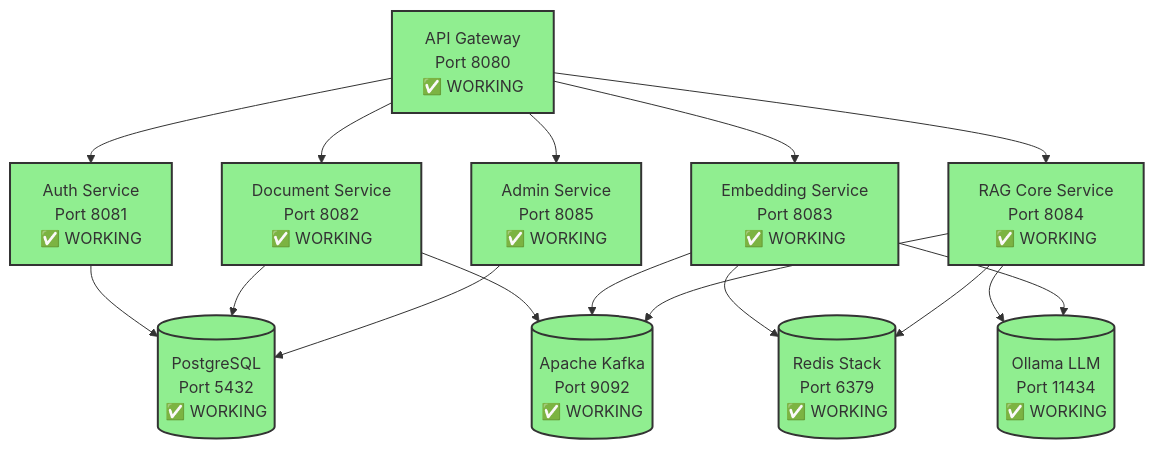
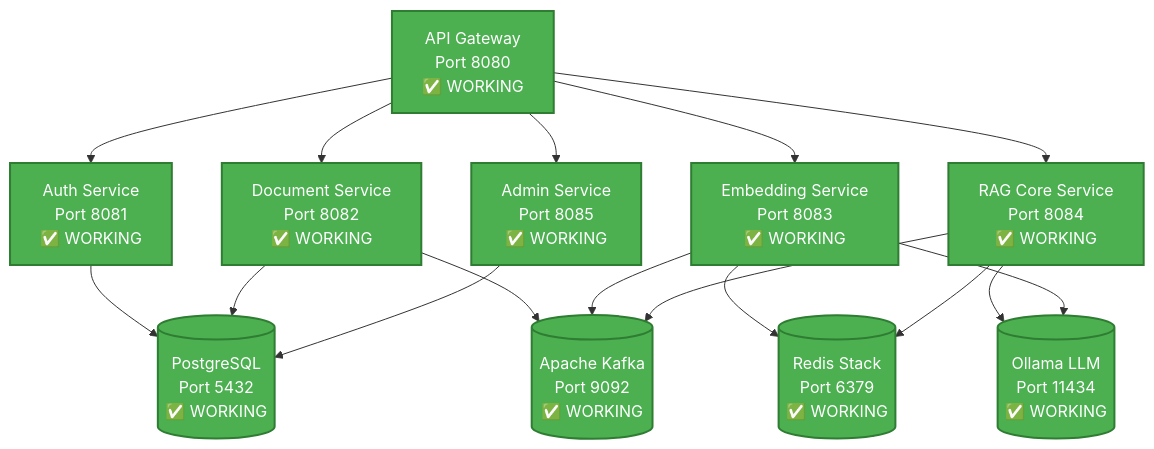
The diagram in README.md (texican/RAG), drawn with Mermaid before and after one commit.

Commit message:
docs: Improve Mermaid architecture diagram readability
Enhanced visual accessibility of the enterprise RAG system architecture diagram:
- Changed background color from light green (#90EE90) to professional dark green (#4CAF50)
- Updated border color to complementary dark green (#2E7D32)
- Added white text color (#FFFFFF) for high contrast against dark background
- Significantly improved readability of service names and status indicators

This addresses visual accessibility concerns in the main project documentation
and provides a more professional appearance for the system architecture overview.

🤖 Generated with [Claude Code](https://claude.ai/code)

````diff
--- a/README.md
+++ b/README.md
@@ -175,36 +175,36 @@
 ```mermaid
 graph TB
     Gateway[API Gateway<br/>Port 8080<br/>✅ WORKING]
     Auth[Auth Service<br/>Port 8081<br/>✅ WORKING]
     Doc[Document Service<br/>Port 8082<br/>✅ WORKING] 
     Embed[Embedding Service<br/>Port 8083<br/>✅ WORKING]
     Core[RAG Core Service<br/>Port 8084<br/>✅ WORKING]
     Admin[Admin Service<br/>Port 8085<br/>✅ WORKING]
     
     PG[(PostgreSQL<br/>Port 5432<br/>✅ WORKING)]
     Redis[(Redis Stack<br/>Port 6379<br/>✅ WORKING)]
     Kafka[(Apache Kafka<br/>Port 9092<br/>✅ WORKING)]
     Ollama[(Ollama LLM<br/>Port 11434<br/>✅ WORKING)]
     
     Gateway --> Auth
     Gateway --> Doc
     Gateway --> Embed
     Gateway --> Core
     Gateway --> Admin
     
     Auth --> PG
     Doc --> PG
     Embed --> Redis
     Core --> Redis
     Admin --> PG
     
     Doc --> Kafka
     Embed --> Kafka
     Core --> Kafka
     
     Core --> Ollama
     Embed --> Ollama
     
-    classDef working fill:#90EE90,stroke:#333,stroke-width:2px;
+    classDef working fill:#4CAF50,stroke:#2E7D32,stroke-width:2px,color:#FFFFFF;
     class Gateway,Auth,Doc,Embed,Core,Admin,PG,Redis,Kafka,Ollama working;
 ```
````
